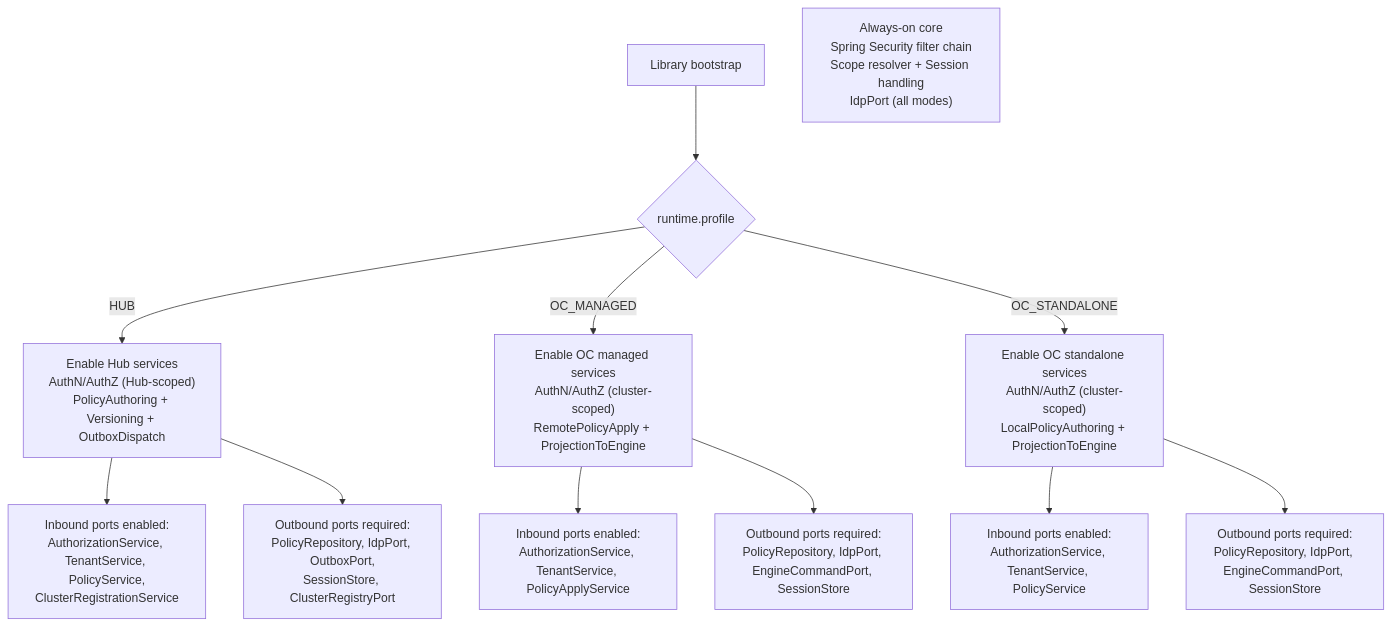
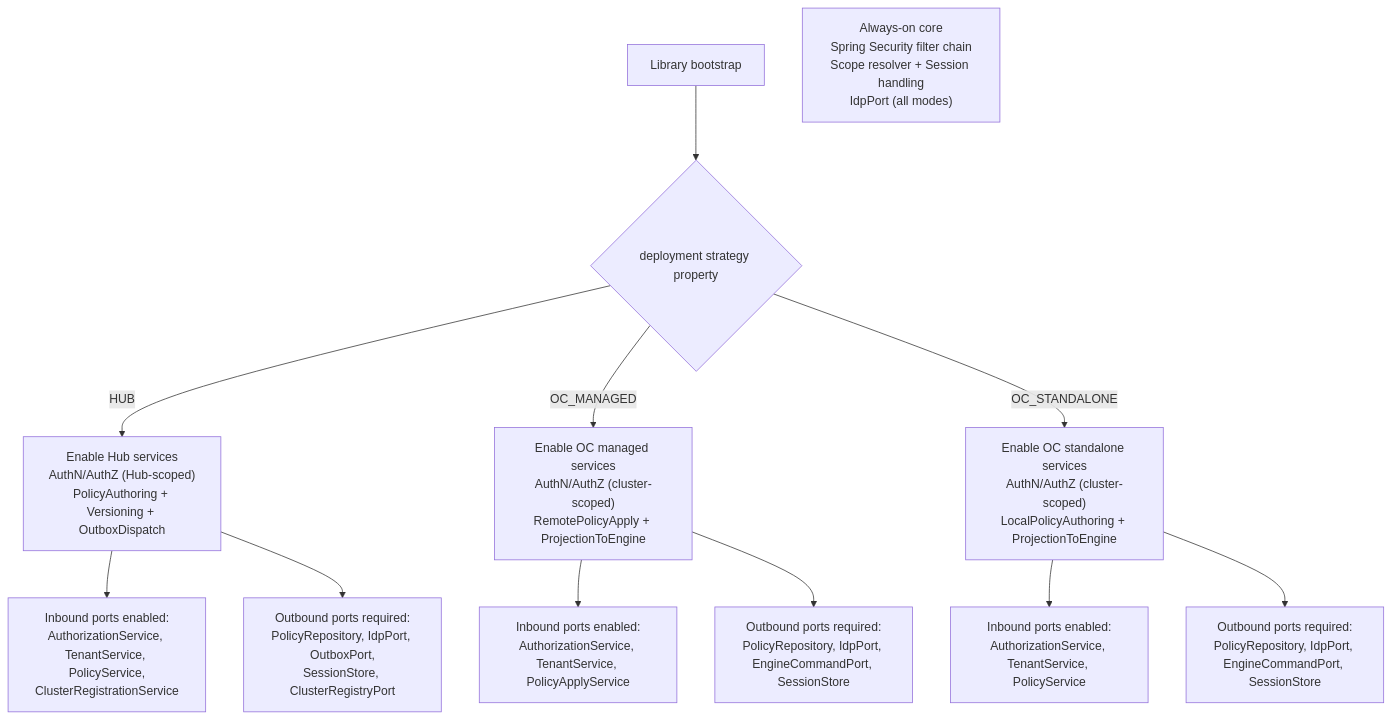
Before and after one commit to camunda/camunda-security-library: diagram 11 of 22 in docs/architecture_docs.md, drawn with Mermaid. The commit also changed other lines of this file, not shown here.

First line of the commit message:
docs: refine architecture docs

````diff
--- a/docs/architecture_docs.md
+++ b/docs/architecture_docs.md
@@ -1237,18 +1239,18 @@
 ```mermaid
 flowchart TB
-  Start["Library bootstrap"] --> Profile{"runtime.profile"}
+  Start["Library bootstrap"] --> Mode{"deployment strategy property"}
 
-  Profile -->|"HUB"| Hub["Enable Hub services<br>AuthN/AuthZ (Hub-scoped)<br>PolicyAuthoring + Versioning + OutboxDispatch"]
-  Profile -->|"OC_MANAGED"| OCM["Enable OC managed services<br>AuthN/AuthZ (cluster-scoped)<br>RemotePolicyApply + ProjectionToEngine"]
-  Profile -->|"OC_STANDALONE"| OCS["Enable OC standalone services<br>AuthN/AuthZ (cluster-scoped)<br>LocalPolicyAuthoring + ProjectionToEngine"]
+  Mode -->|"HUB"| Hub["Enable Hub services<br>AuthN/AuthZ (Hub-scoped)<br>PolicyAuthoring + Versioning + OutboxDispatch"]
+  Mode -->|"OC_MANAGED"| OCM["Enable OC managed services<br>AuthN/AuthZ (cluster-scoped)<br>RemotePolicyApply + ProjectionToEngine"]
+  Mode -->|"OC_STANDALONE"| OCS["Enable OC standalone services<br>AuthN/AuthZ (cluster-scoped)<br>LocalPolicyAuthoring + ProjectionToEngine"]
 
   Core["Always-on core<br>Spring Security filter chain<br>Scope resolver + Session handling<br>IdpPort (all modes)"]
 
   Hub --> HubIn["Inbound ports enabled:<br>AuthorizationService, TenantService, PolicyService,<br>ClusterRegistrationService"]
   OCM --> OCMIn["Inbound ports enabled:<br>AuthorizationService, TenantService, PolicyApplyService"]
   OCS --> OCSPin["Inbound ports enabled:<br>AuthorizationService, TenantService, PolicyService"]
 
   Hub --> HubPorts["Outbound ports required:<br>PolicyRepository, IdpPort, OutboxPort,<br>SessionStore, ClusterRegistryPort"]
   OCM --> OCMPorts["Outbound ports required:<br>PolicyRepository, IdpPort, EngineCommandPort, SessionStore"]
   OCS --> OCSPorts["Outbound ports required:<br>PolicyRepository, IdpPort, EngineCommandPort, SessionStore"]
 ```
````
